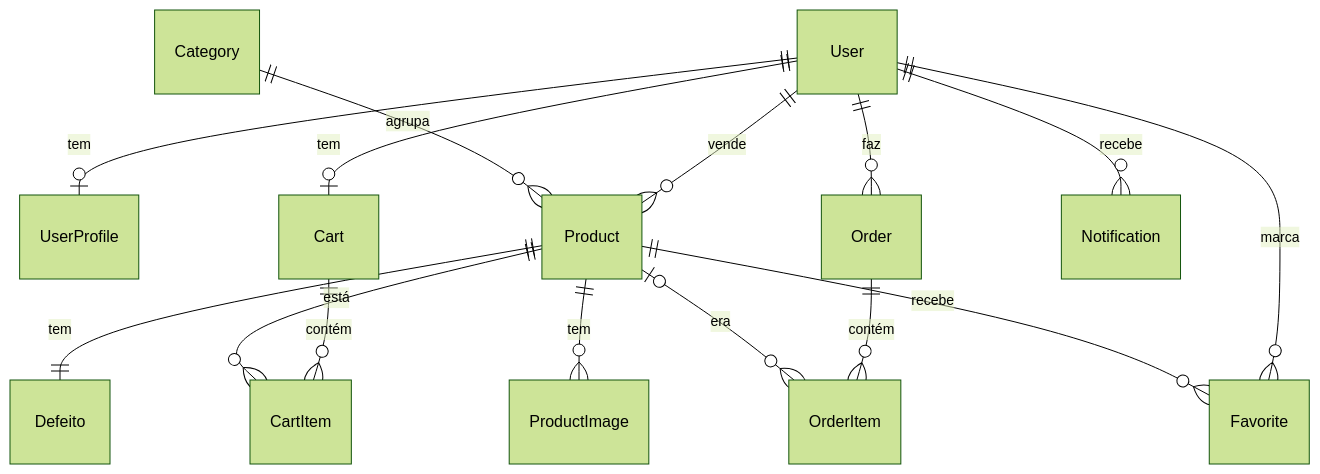
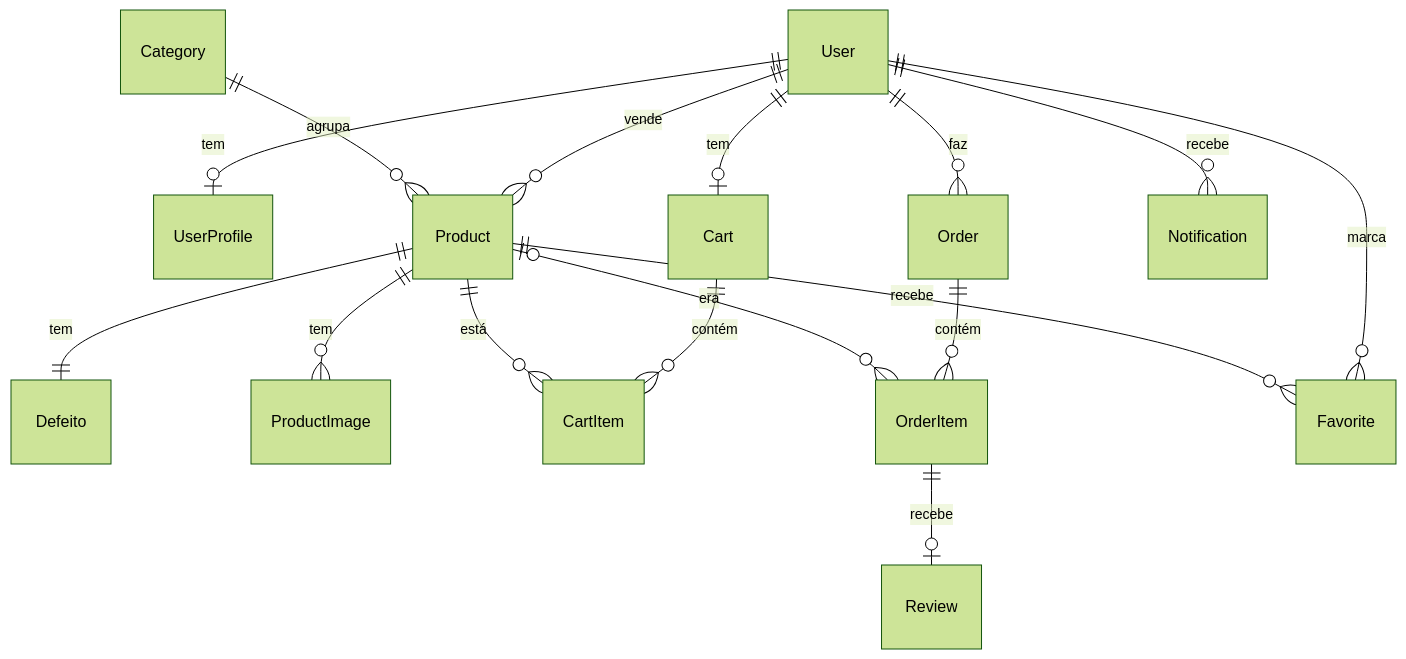
One commit to R0bbyt3/ENG4021 changed the diagram in fio-fora/README.md. Above: the diagram before and after it, drawn with Mermaid (forest theme). The commit also changed other lines of this file and 11 other files, not shown here.

````diff
--- a/fio-fora/README.md
+++ b/fio-fora/README.md
@@ -219,17 +220,18 @@
 ```mermaid
 erDiagram
     User ||--o| UserProfile : tem
     User ||--o{ Product : vende
     Category ||--o{ Product : agrupa
     Product ||--|| Defeito : tem
     Product ||--o{ ProductImage : tem
     User ||--o| Cart : tem
     Cart ||--o{ CartItem : contém
     Product ||--o{ CartItem : está
     User ||--o{ Order : faz
     Order ||--o{ OrderItem : contém
     Product |o--o{ OrderItem : era
     User ||--o{ Favorite : marca
     Product ||--o{ Favorite : recebe
     User ||--o{ Notification : recebe
+    OrderItem ||--o| Review : recebe
 ```
````
